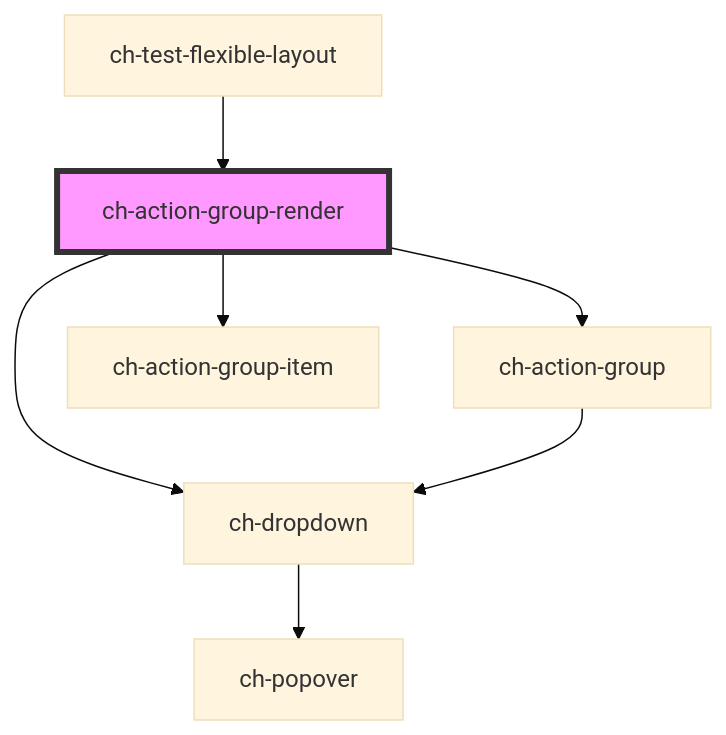
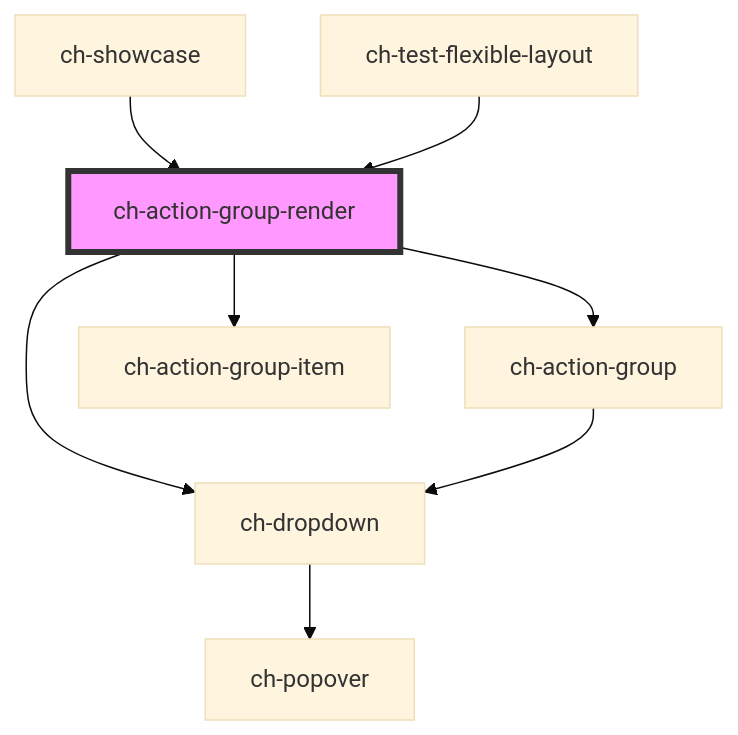
Before and after one commit to genexuslabs/chameleon-controls-library: the diagram in src/components/action-group/readme.md, drawn with Mermaid (base theme). The commit also changed other lines of this file and 2 other files, not shown here.

Commit message:
Update readmes

````diff
--- a/src/components/action-group/readme.md
+++ b/src/components/action-group/readme.md
@@ -38,10 +39,11 @@
 ```mermaid
 graph TD;
   ch-action-group-render --> ch-dropdown
   ch-action-group-render --> ch-action-group
   ch-action-group-render --> ch-action-group-item
   ch-dropdown --> ch-popover
   ch-action-group --> ch-dropdown
+  ch-showcase --> ch-action-group-render
   ch-test-flexible-layout --> ch-action-group-render
   style ch-action-group-render fill:#f9f,stroke:#333,stroke-width:4px
 ```
````
